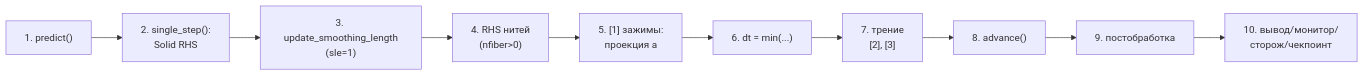
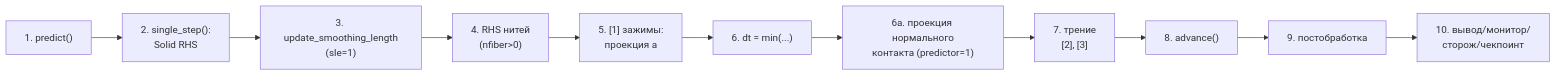
Before and after one commit to smarry-code/SPH: the second of 3 diagrams in docs/04-explanation/architecture/pipeline-overview.md, drawn with Mermaid. The commit also changed other lines of this file and 37 other files, not shown here.

````diff
--- a/docs/04-explanation/architecture/pipeline-overview.md
+++ b/docs/04-explanation/architecture/pipeline-overview.md
@@ -57,12 +57,13 @@
 ```mermaid
 flowchart LR
     S1["1. predict()"] --> S2["2. single_step():<br/>Solid RHS"]
     S2 --> S3["3. update_smoothing_length<br/>(sle=1)"]
     S3 --> S4["4. RHS нитей<br/>(nfiber>0)"]
     S4 --> S5["5. [1] зажимы:<br/>проекция a"]
     S5 --> S6["6. dt = min(...)"]
-    S6 --> S7["7. трение<br/>[2], [3]"]
+    S6 --> S6p["6а. проекция нормального<br/>контакта (predictor=1)"]
+    S6p --> S7["7. трение<br/>[2], [3]"]
     S7 --> S8["8. advance()"]
     S8 --> S9["9. постобработка"]
     S9 --> S10["10. вывод/монитор/<br/>сторож/чекпоинт"]
 ```
````
